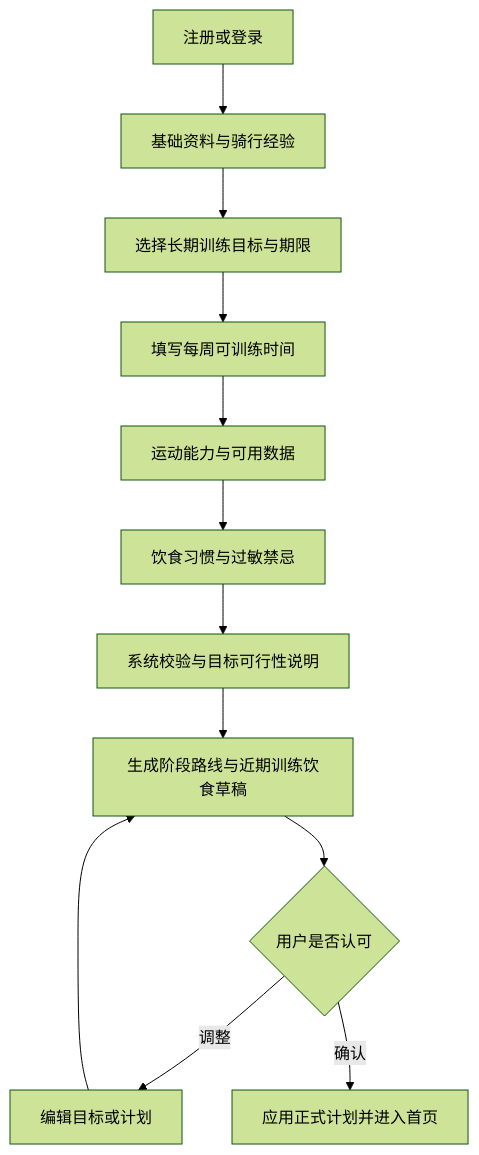
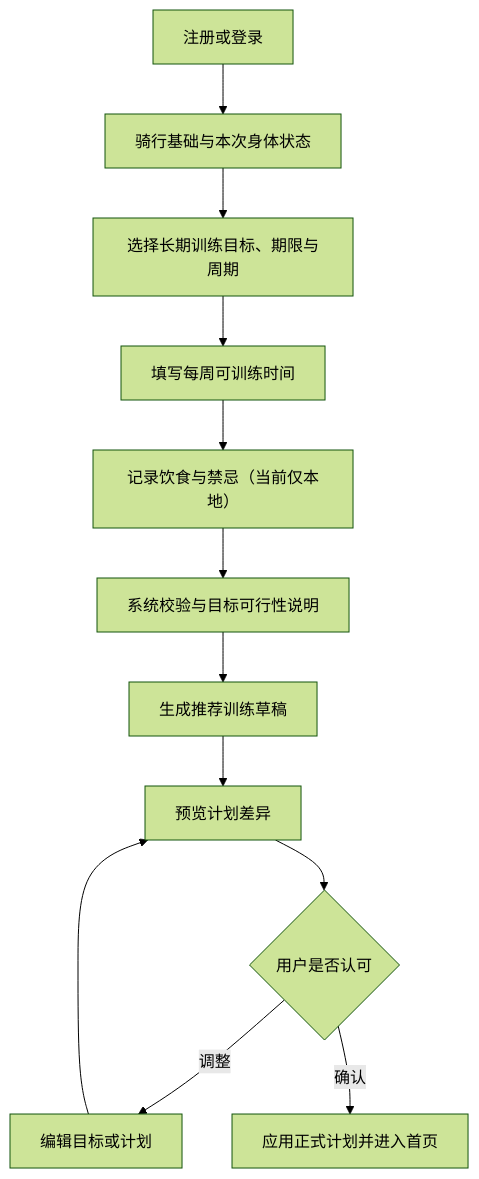
Before and after one commit to hanshuai912/RidePilot_Product: the first of 4 diagrams in PRD.md, drawn with Mermaid (forest theme). The commit also changed other lines of this file, not shown here.

````diff
--- a/PRD.md
+++ b/PRD.md
@@ -187,14 +259,14 @@
 ```mermaid
 flowchart TD
-  A[注册或登录] --> B[基础资料与骑行经验]
-  B --> C[选择长期训练目标与期限]
+  A[注册或登录] --> B[骑行基础与本次身体状态]
+  B --> C[选择长期训练目标、期限与周期]
   C --> D[填写每周可训练时间]
-  D --> E[运动能力与可用数据]
-  E --> F[饮食习惯与过敏禁忌]
-  F --> G[系统校验与目标可行性说明]
-  G --> H[生成阶段路线与近期训练饮食草稿]
+  D --> E[记录饮食与禁忌（当前仅本地）]
+  E --> F[系统校验与目标可行性说明]
+  F --> G[生成推荐训练草稿]
+  G --> H[预览计划差异]
   H --> I{用户是否认可}
   I -- 调整 --> J[编辑目标或计划]
   J --> H
   I -- 确认 --> K[应用正式计划并进入首页]
 ```
````
